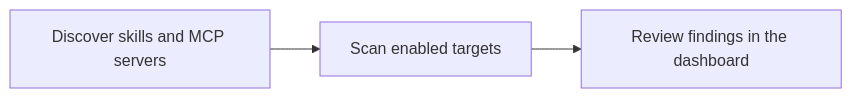
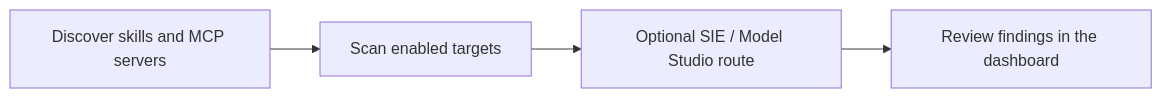
One commit to neomatrix369/tripwire changed the diagram in README.md. Above: the diagram before and after it, drawn with Mermaid. The commit also changed other lines of this file and 22 other files, not shown here.

First line of the commit message:
docs: document SIE/Model Studio setup and ADR-0016 for the tiered router

````diff
--- a/README.md
+++ b/README.md
@@ -106,5 +117,6 @@
 ```mermaid
 flowchart LR
     discover[Discover skills and MCP servers] --> scan[Scan enabled targets]
-    scan --> review[Review findings in the dashboard]
+    scan --> route[Optional SIE / Model Studio route]
+    route --> review[Review findings in the dashboard]
 ```
````
